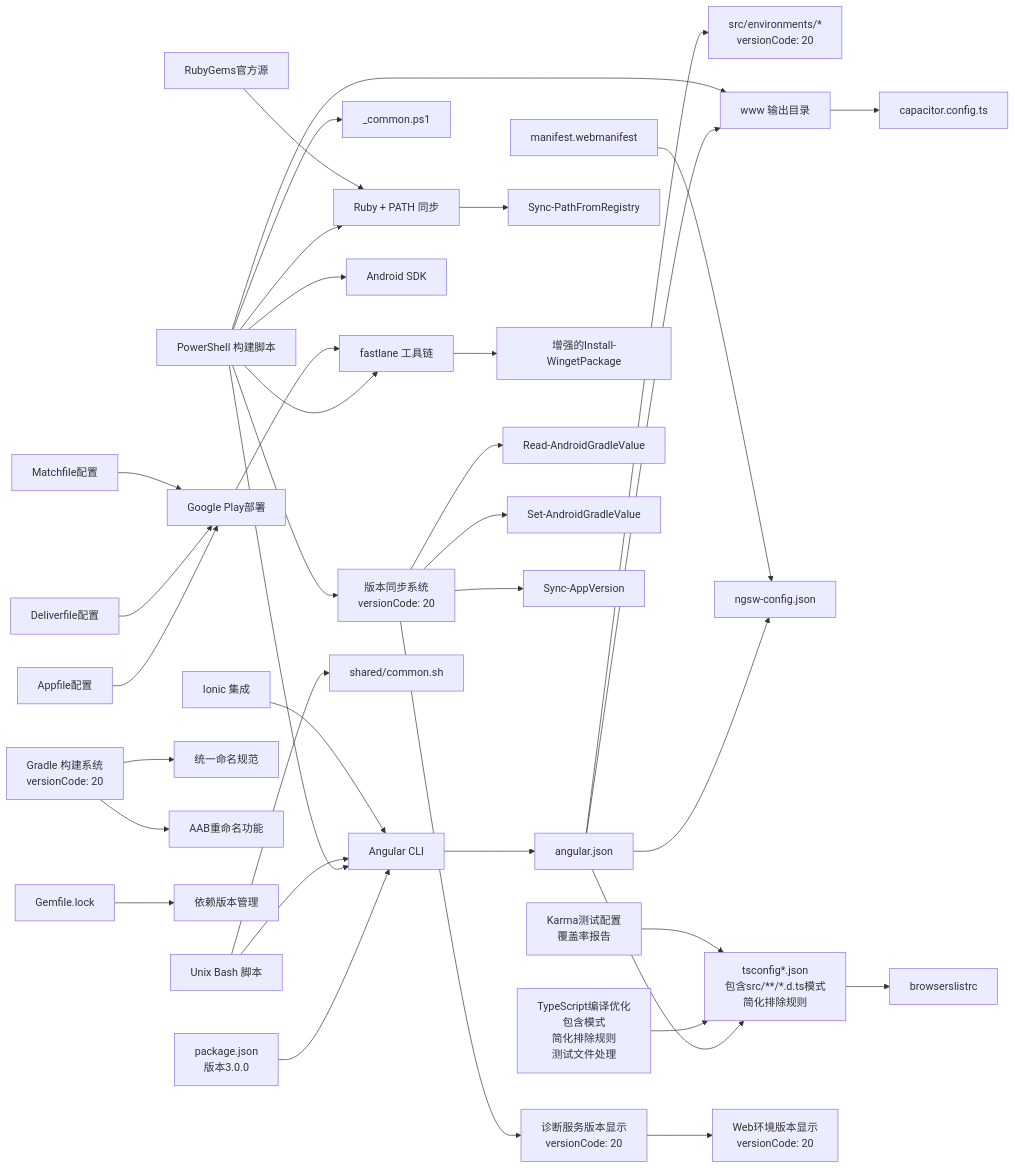
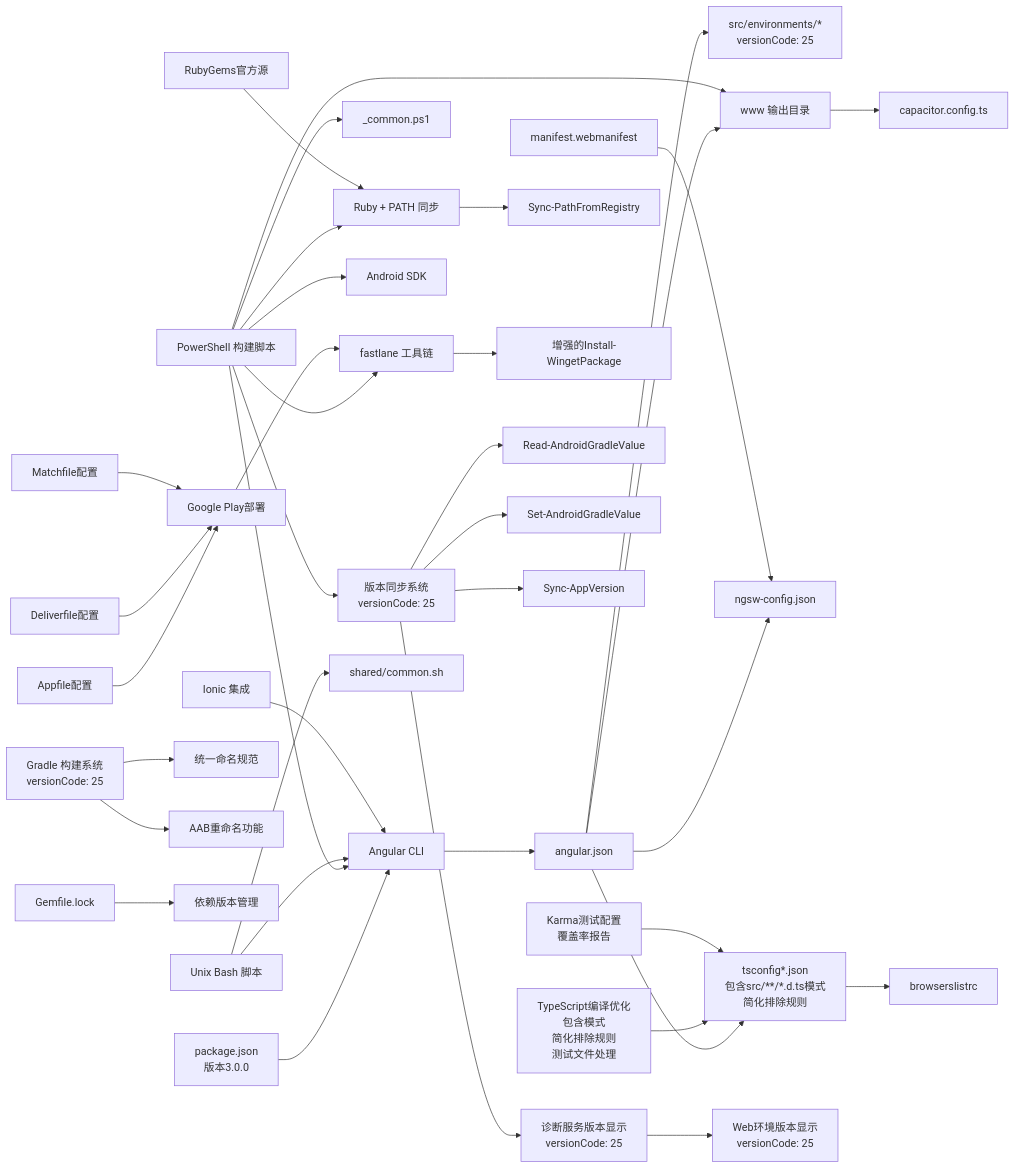
One commit to tea4go/Macro-Deck-Client-App changed the sixth of 6 diagrams in .qoder/repowiki/zh/content/构建与部署/构建配置.md. Above: the diagram before and after it, drawn with Mermaid. The commit also changed other lines of this file and 46 other files, not shown here.

````diff
--- a/.qoder/repowiki/zh/content/构建与部署/构建配置.md
+++ b/.qoder/repowiki/zh/content/构建与部署/构建配置.md
@@ -1092,39 +1092,39 @@
 ```mermaid
 graph LR
 P["package.json<br/>版本3.0.0"] --> CLI["Angular CLI"]
 CLI --> CFG["angular.json"]
-CFG --> ENV["src/environments/*<br/>versionCode: 20"]
+CFG --> ENV["src/environments/*<br/>versionCode: 25"]
 CFG --> TS["tsconfig*.json<br/>包含src/**/*.d.ts模式<br/>简化排除规则"]
 TS --> BROWS["browserslistrc"]
 CFG --> SW["ngsw-config.json"]
 CFG --> WWW["www 输出目录"]
 WWW --> CAP["capacitor.config.ts"]
 PS["PowerShell 构建脚本"] --> CLI
 PS --> COMMON["_common.ps1"]
 PS --> WWW
 PS --> FASTLANE["fastlane 工具链"]
 PS --> ANDROID["Android SDK"]
 PS --> RUBY["Ruby + PATH 同步"]
-PS --> VERSIONSYNC["版本同步系统<br/>versionCode: 20"]
+PS --> VERSIONSYNC["版本同步系统<br/>versionCode: 25"]
 UNIX["Unix Bash 脚本"] --> COMMON2["shared/common.sh"]
 UNIX --> CLI
 MAN["manifest.webmanifest"] --> SW
 IONIC["Ionic 集成"] --> CLI
 RUBY --> SYNC["Sync-PathFromRegistry"]
 FASTLANE --> WINGET["增强的Install-WingetPackage"]
-GRADLE["Gradle 构建系统<br/>versionCode: 20"] --> NAMING["统一命名规范"]
+GRADLE["Gradle 构建系统<br/>versionCode: 25"] --> NAMING["统一命名规范"]
 GRADLE --> AABRENAME["AAB重命名功能"]
 GEMLOCK["Gemfile.lock"] --> DEPS["依赖版本管理"]
 PLAYSTORE["Google Play部署"] --> FASTLANE
 APPFILE["Appfile配置"] --> PLAYSTORE
 DELIVER["Deliverfile配置"] --> PLAYSTORE
 MATCH["Matchfile配置"] --> PLAYSTORE
 RUBYGEMS["RubyGems官方源"] --> RUBY
 VERSIONSYNC --> READGRADLE["Read-AndroidGradleValue"]
 VERSIONSYNC --> SETGRADLE["Set-AndroidGradleValue"]
 VERSIONSYNC --> SYNCAPP["Sync-AppVersion"]
-VERSIONSYNC --> DIAGNOSTIC["诊断服务版本显示<br/>versionCode: 20"]
-DIAGNOSTIC --> WEBENV["Web环境版本显示<br/>versionCode: 20"]
+VERSIONSYNC --> DIAGNOSTIC["诊断服务版本显示<br/>versionCode: 25"]
+DIAGNOSTIC --> WEBENV["Web环境版本显示<br/>versionCode: 25"]
 TSOPTIMIZATION["TypeScript编译优化<br/>包含模式<br/>简化排除规则<br/>测试文件处理"] --> TS
 KARMA["Karma测试配置<br/>覆盖率报告"] --> TS
 ```
````
